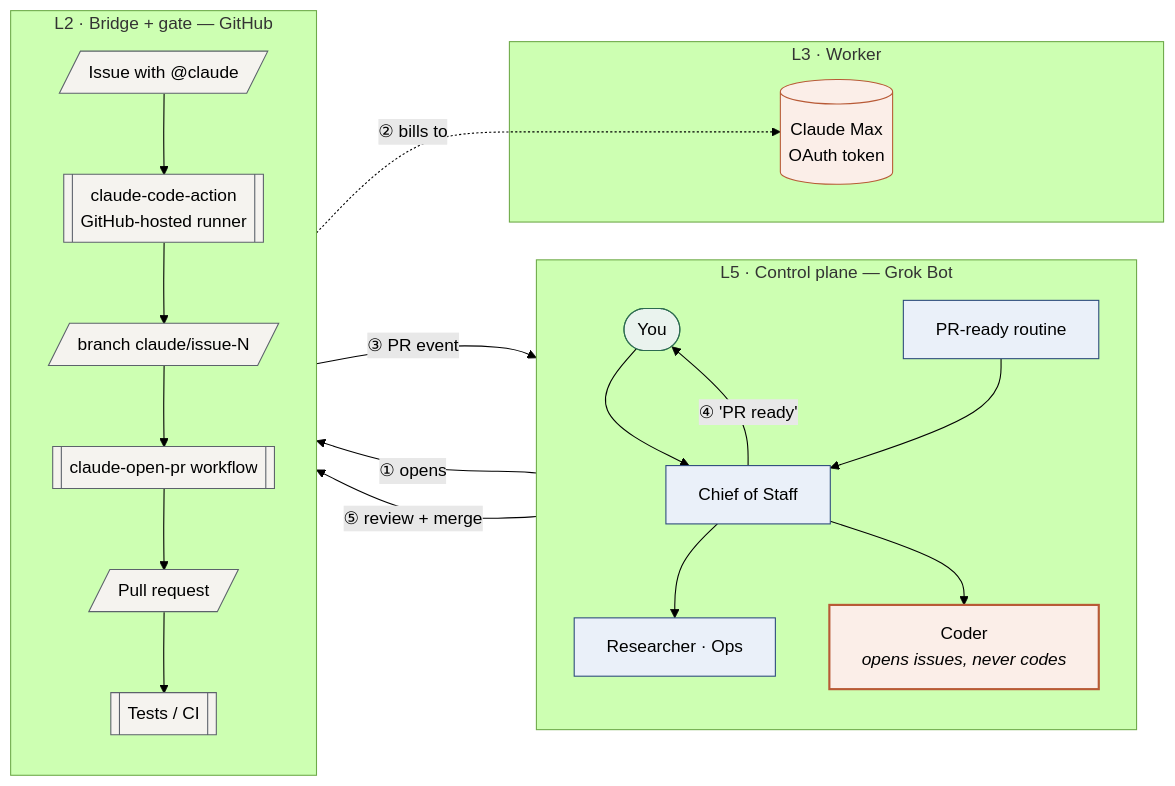
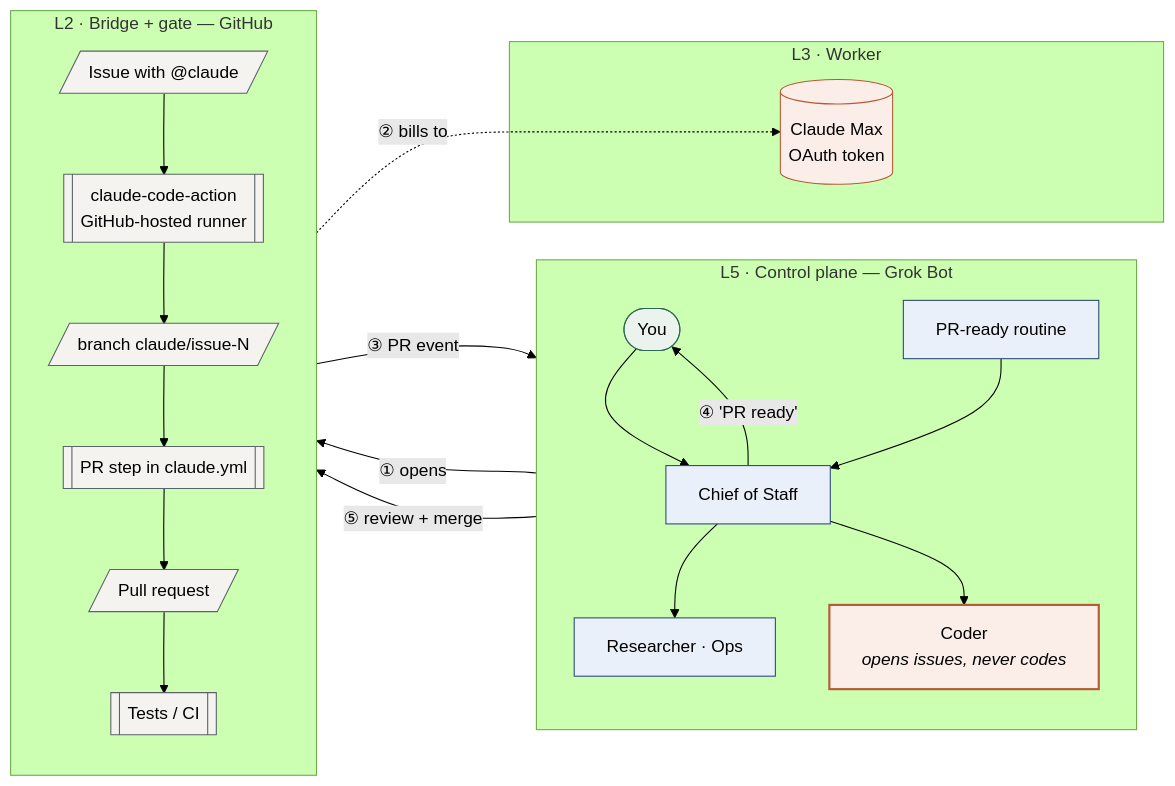
One commit to mathew-builds/Handoff changed the first of 4 diagrams in docs/01-architecture.md. Above: the diagram before and after it, drawn with Mermaid (forest theme). The commit also changed other lines of this file and 10 other files, not shown here.

First line of the commit message:
fix: open the PR inside claude.yml — the push-triggered workflow never fired

````diff
--- a/docs/01-architecture.md
+++ b/docs/01-architecture.md
@@ -18,42 +18,42 @@
 ```mermaid
 flowchart LR
     subgraph L5["L5 · Control plane — Grok Bot"]
         direction TB
         YOU([You]):::you
         COS[Chief of Staff]:::grok
         SPEC[Researcher · Ops]:::grok
         CODER[Coder<br/><i>opens issues, never codes</i>]:::coder
         RT[PR-ready routine]:::grok
         YOU --> COS
         COS --> SPEC
         COS --> CODER
         RT --> COS
     end
 
     subgraph L2["L2 · Bridge + gate — GitHub"]
         direction TB
         ISSUE[/"Issue with @claude"/]:::gh
         RUN[["claude-code-action<br/>GitHub-hosted runner"]]:::gh
         PR[/"Pull request"/]:::gh
         CI[["Tests / CI"]]:::gh
         BR[/"branch claude/issue-N"/]:::gh
-        OPR[["claude-open-pr workflow"]]:::gh
+        OPR[["PR step in claude.yml"]]:::gh
         ISSUE --> RUN --> BR --> OPR --> PR --> CI
     end
 
     subgraph L3["L3 · Worker"]
         CLAUDE[("Claude Max<br/>OAuth token")]:::claude
     end
 
     CODER -- "① opens" --> ISSUE
     RUN -. "② bills to" .-> CLAUDE
     PR -- "③ PR event" --> RT
     COS -- "④ 'PR ready'" --> YOU
     YOU -- "⑤ review + merge" --> PR
 
     classDef you fill:#EAF3EE,stroke:#2C6B4F
     classDef grok fill:#EAF0F9,stroke:#2C4A7C
     classDef coder fill:#FBEEE8,stroke:#B85A36,stroke-width:2px
     classDef gh fill:#F5F3EF,stroke:#5C626B
     classDef claude fill:#FBEEE8,stroke:#B85A36
 ```
````
